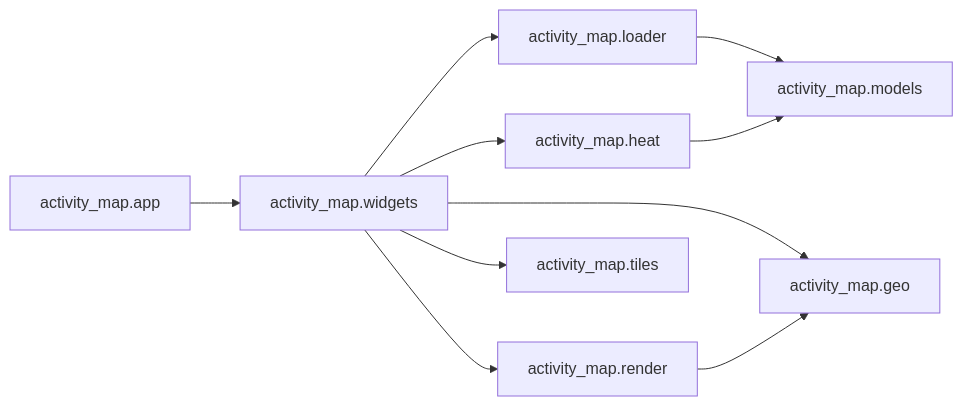
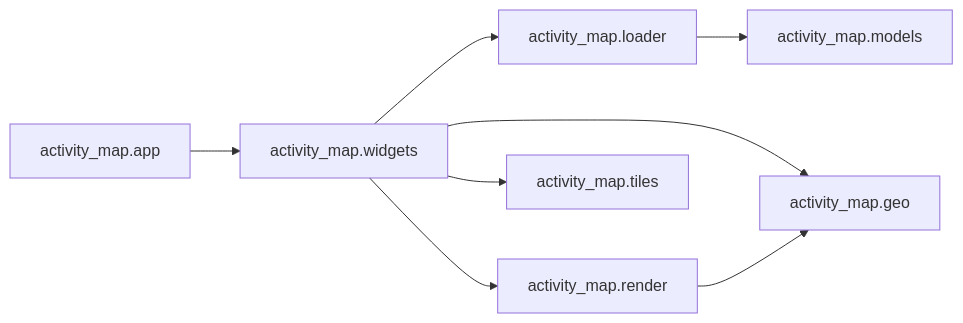
The third of 4 diagrams in documents/architecture.md (marcelpetrick/GarminActivityMap), drawn with Mermaid before and after one commit. The commit also changed other lines of this file and 12 other files, not shown here.

````diff
--- a/documents/architecture.md
+++ b/documents/architecture.md
@@ -49,21 +49,18 @@
 ```mermaid
 flowchart LR
   loader[activity_map.loader]
   models[activity_map.models]
   geo[activity_map.geo]
-  heat[activity_map.heat]
   render[activity_map.render]
   tiles[activity_map.tiles]
   widgets[activity_map.widgets]
   app[activity_map.app]
 
   app --> widgets
   widgets --> loader
   loader --> models
   widgets --> geo
-  widgets --> heat
   widgets --> render
   widgets --> tiles
   render --> geo
-  heat --> models
 ```
````
